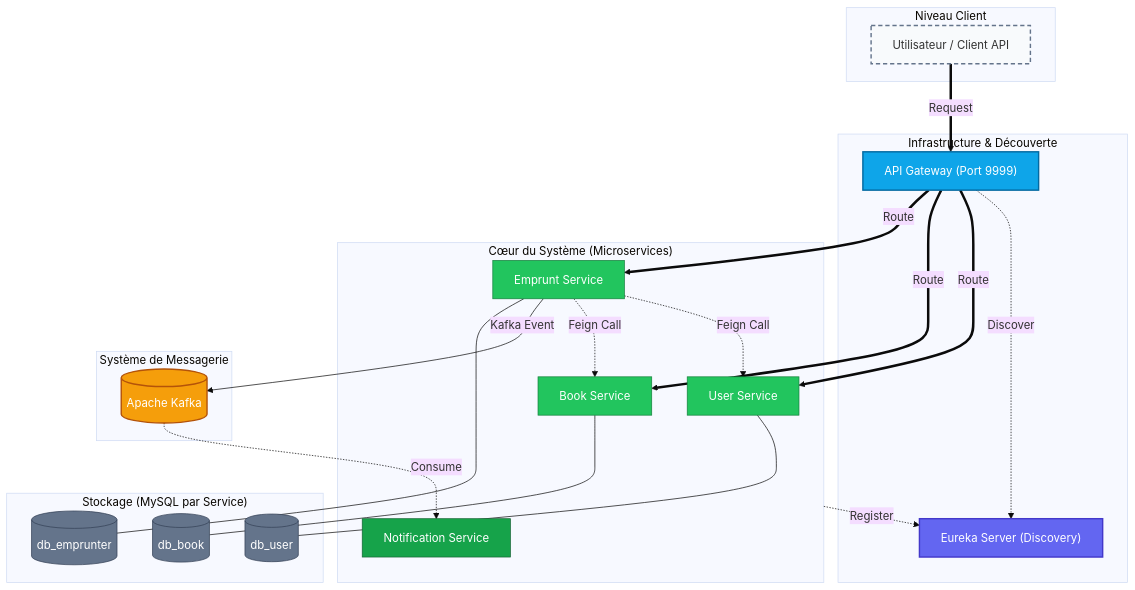
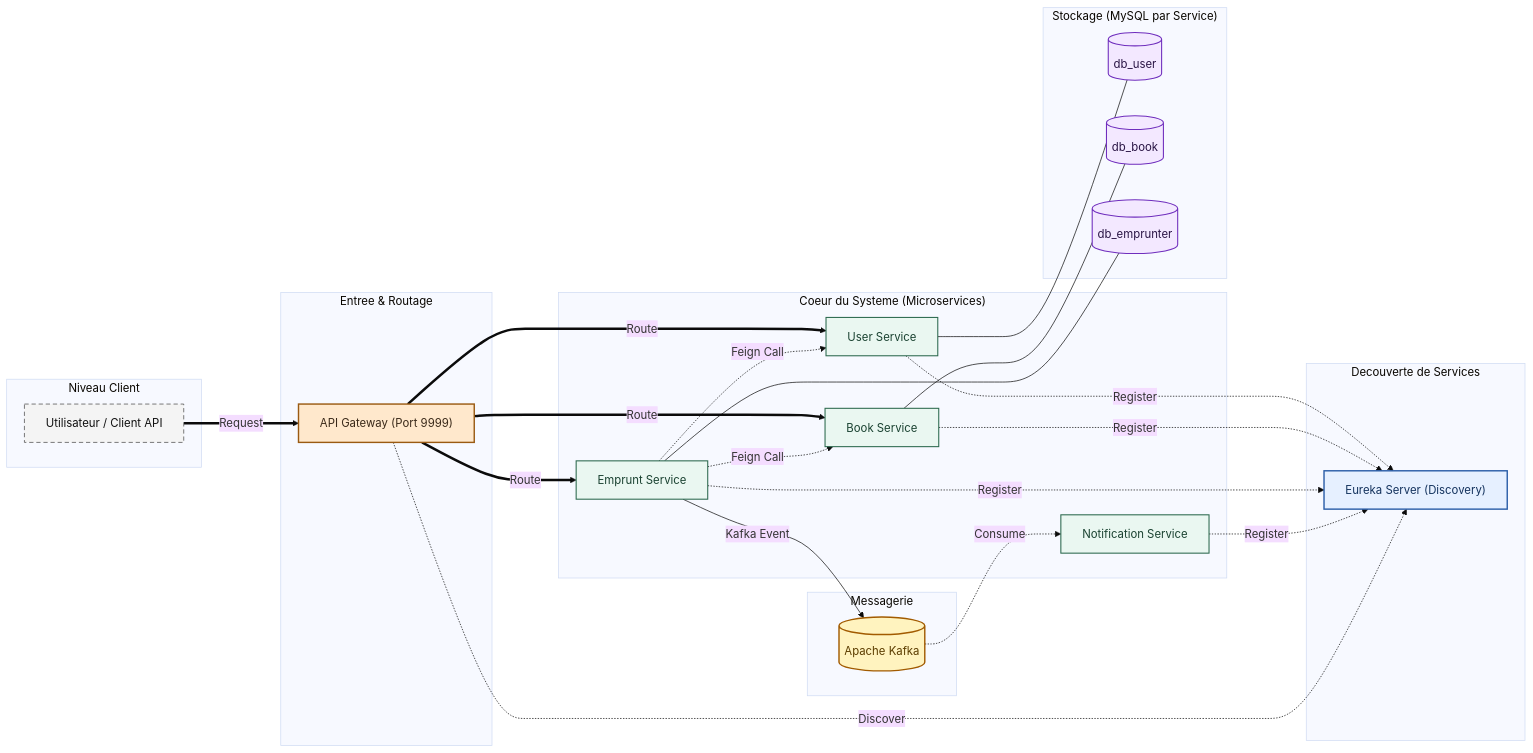
One commit to YASSINEBOULGUANT/application-gestion-emprunts-microservices-mysql-kafka changed the diagram in README.md. Above: the diagram before and after it, drawn with Mermaid (base theme). The commit also changed other lines of this file, not shown here.

````diff
--- a/README.md
+++ b/README.md
@@ -17,63 +22,66 @@
 ```mermaid
-graph TD
+flowchart LR
     subgraph Client_Level ["Niveau Client"]
         Client[Utilisateur / Client API]
     end
 
-    subgraph Infrastructure ["Infrastructure & Découverte"]
+    subgraph Edge ["Entree & Routage"]
         Gateway["API Gateway (Port 9999)"]
+    end
+
+    subgraph Discovery ["Decouverte de Services"]
         Eureka["Eureka Server (Discovery)"]
     end
 
-    subgraph Microservices ["Cœur du Système (Microservices)"]
+    subgraph Core ["Coeur du Systeme (Microservices)"]
         UserSvc["User Service"]
         BookSvc["Book Service"]
         EmpruntSvc["Emprunt Service"]
         NotifSvc["Notification Service"]
     end
 
-    subgraph Messaging ["Système de Messagerie"]
+    subgraph Messaging ["Messagerie"]
         Kafka[("Apache Kafka")]
     end
 
     subgraph Storage ["Stockage (MySQL par Service)"]
         DB_User[("db_user")]
         DB_Book[("db_book")]
         DB_Emprunt[("db_emprunter")]
     end
 
-    Microservices -.->|Register| Eureka
-    Gateway -.->|Discover| Eureka
+    Client ==> |Request| Gateway
+    Gateway ==> |Route| UserSvc
+    Gateway ==> |Route| BookSvc
+    Gateway ==> |Route| EmpruntSvc
 
-    Client ==>|Request| Gateway
-    Gateway ==>|Route| UserSvc
-    Gateway ==>|Route| BookSvc
-    Gateway ==>|Route| EmpruntSvc
+    UserSvc -.-> |Register| Eureka
+    BookSvc -.-> |Register| Eureka
+    EmpruntSvc -.-> |Register| Eureka
+    NotifSvc -.-> |Register| Eureka
+    Gateway -.-> |Discover| Eureka
 
-    EmpruntSvc -.->|Feign Call| UserSvc
-    EmpruntSvc -.->|Feign Call| BookSvc
+    EmpruntSvc -.-> |Feign Call| UserSvc
+    EmpruntSvc -.-> |Feign Call| BookSvc
 
     EmpruntSvc -- "Kafka Event" --> Kafka
-    Kafka -.->|Consume| NotifSvc
+    Kafka -.-> |Consume| NotifSvc
 
     UserSvc --- DB_User
     BookSvc --- DB_Book
     EmpruntSvc --- DB_Emprunt
 
-    %% 🎨 Nouveau thème visuel (sobre / moderne)
-    style Client fill:#F8FAFC,stroke:#64748B,stroke-width:2px,stroke-dasharray: 6 4
-    style Gateway fill:#0EA5E9,color:#ffffff,stroke:#0369A1,stroke-width:2px
-    style Eureka fill:#6366F1,color:#ffffff,stroke:#4338CA,stroke-width:2px
+    classDef edge fill:#ffe8cc,stroke:#9a5a12,stroke-width:2px,color:#3b2a1a;
+    classDef discovery fill:#e6f0ff,stroke:#2b5ea8,stroke-width:2px,color:#14335e;
+    classDef service fill:#eaf7f1,stroke:#2d6a4f,stroke-width:1.5px,color:#1b4332;
+    classDef kafka fill:#fff3bf,stroke:#a25b00,stroke-width:2px,color:#5c3d00;
+    classDef client fill:#f4f4f4,stroke:#444,stroke-dasharray: 6 4,color:#111;
+    classDef storage fill:#f3e8ff,stroke:#6f2dbd,stroke-width:1.5px,color:#2b1646;
 
-    style UserSvc fill:#22C55E,color:#ffffff,stroke:#15803D
-    style BookSvc fill:#22C55E,color:#ffffff,stroke:#15803D
-    style EmpruntSvc fill:#22C55E,color:#ffffff,stroke:#15803D
-    style NotifSvc fill:#16A34A,color:#ffffff,stroke:#166534
-
-    style Kafka fill:#F59E0B,color:#ffffff,stroke:#B45309,stroke-width:2px
-
-    style DB_User fill:#64748B,color:#ffffff,stroke:#334155
-    style DB_Book fill:#64748B,color:#ffffff,stroke:#334155
-    style DB_Emprunt fill:#64748B,color:#ffffff,stroke:#334155
-
+    class Gateway edge;
+    class Eureka discovery;
+    class UserSvc,BookSvc,EmpruntSvc,NotifSvc service;
+    class Kafka kafka;
+    class Client client;
+    class DB_User,DB_Book,DB_Emprunt storage;
 ```
````
